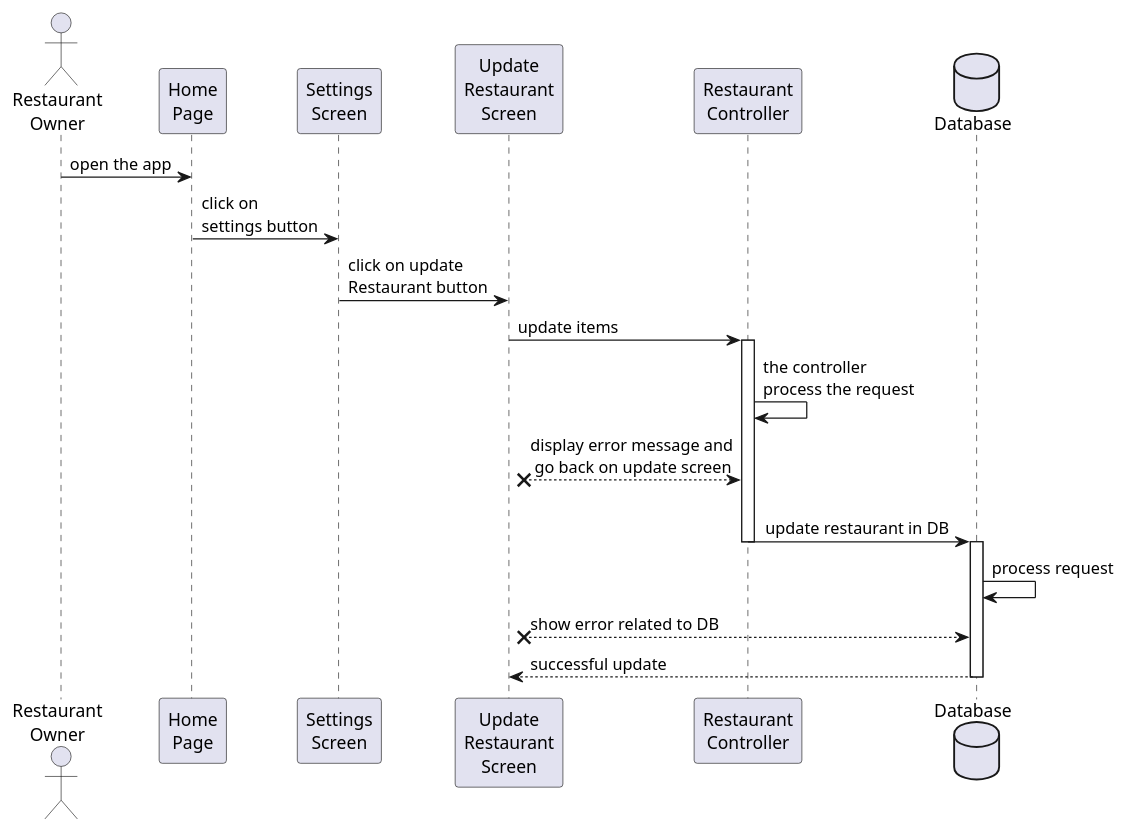
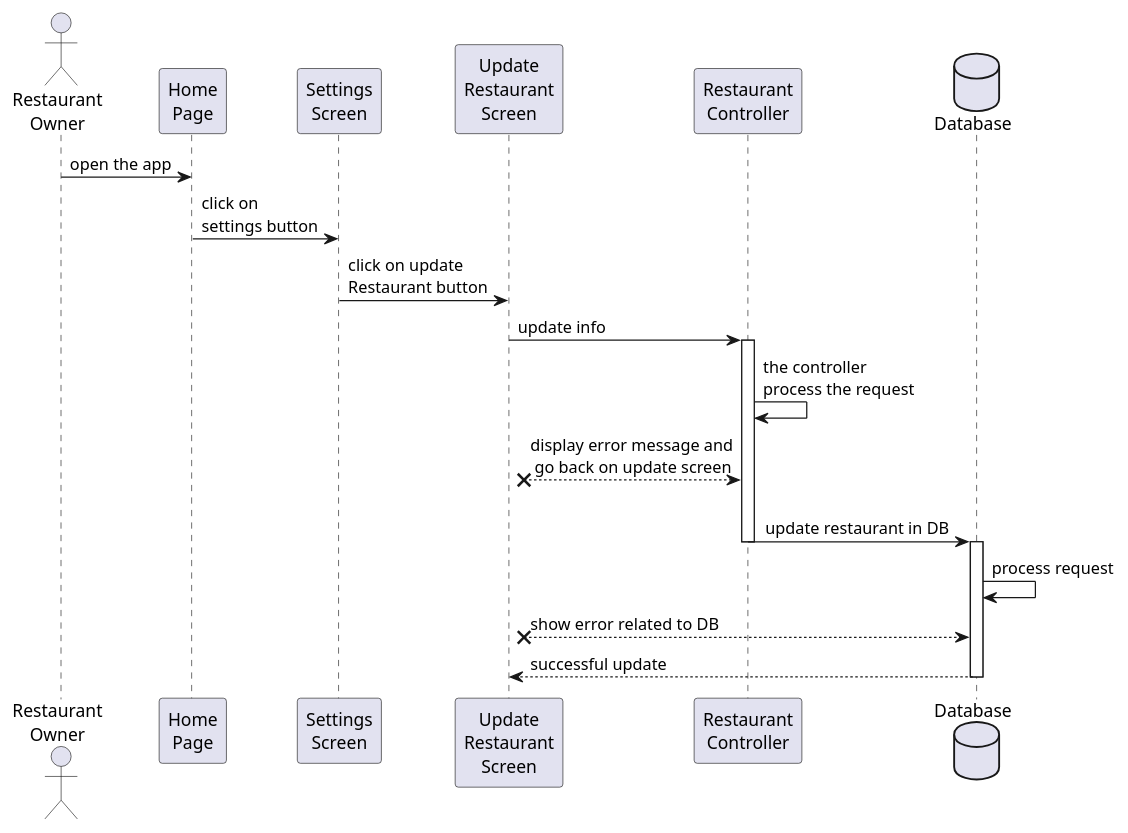
Before and after one commit to TommasoScalici/FoodDelivery: the diagram in src/main/java/unipa/fooddelivery/diagrams/sequence/updateRestaurantInfo.wsd, drawn with PlantUML.

```diff
--- a/src/main/java/unipa/fooddelivery/diagrams/sequence/updateRestaurantInfo.wsd
+++ b/src/main/java/unipa/fooddelivery/diagrams/sequence/updateRestaurantInfo.wsd
@@ -1,29 +1,29 @@
 @startuml register
 
 actor "Restaurant\nOwner" as Owner
 participant "Home\nPage" as HomePage
 participant "Settings\nScreen" as Settings
 participant "Update\nRestaurant\nScreen" as UpdateScreen
 participant "Restaurant\nController" as RestaurantController
 database Database
 
 Owner -> HomePage: open the app
 HomePage -> Settings: click on\nsettings button
 Settings -> UpdateScreen: click on update\nRestaurant button
-UpdateScreen -> RestaurantController: update items
+UpdateScreen -> RestaurantController: update info
 
 activate RestaurantController
 RestaurantController -> RestaurantController: the controller\nprocess the request
 UpdateScreen x-- RestaurantController: display error message and\n go back on update screen
 RestaurantController -> Database: \n  update restaurant in DB
 deactivate RestaurantController
 
 activate Database
 Database -> Database: process request
 UpdateScreen x-- Database: show error related to DB
 UpdateScreen <-- Database: successful update
 deactivate Database
 
 
 
 @enduml
```
